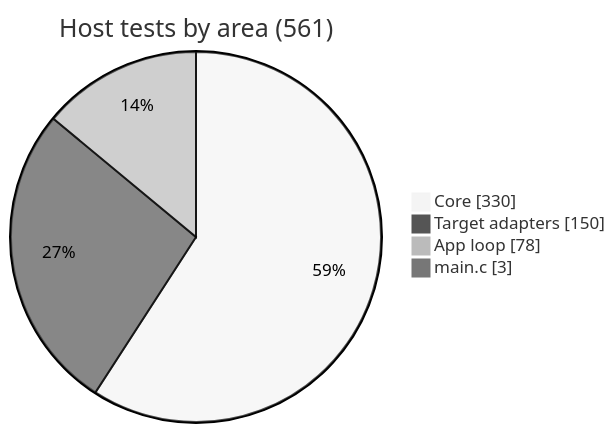
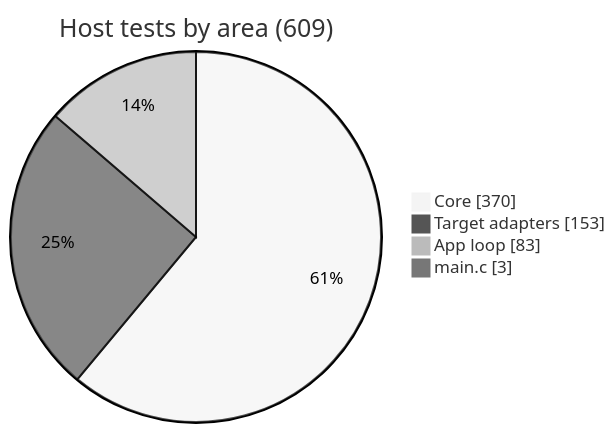
One commit to BonelessPig/nano_sequencer changed diagram 26 of 29 in docs/ARCHITECTURE.md. Above: the diagram before and after it, drawn with Mermaid (neutral theme). The commit also changed other lines of this file and 3 other files, not shown here.

````diff
--- a/docs/ARCHITECTURE.md
+++ b/docs/ARCHITECTURE.md
@@ -1267,8 +1341,8 @@
 ```mermaid
 pie showData
-    title Host tests by area (561)
-    "Core" : 330
-    "Target adapters" : 150
-    "App loop" : 78
+    title Host tests by area (609)
+    "Core" : 370
+    "Target adapters" : 153
+    "App loop" : 83
     "main.c" : 3
 ```
````
